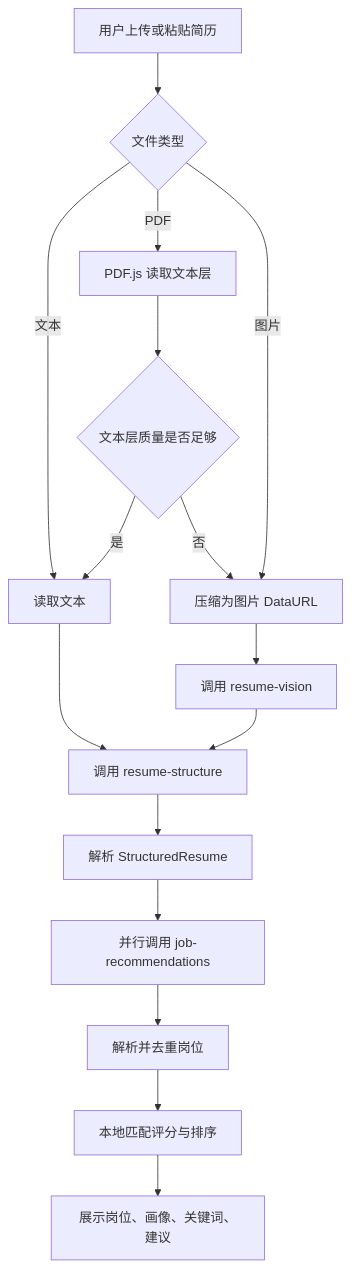
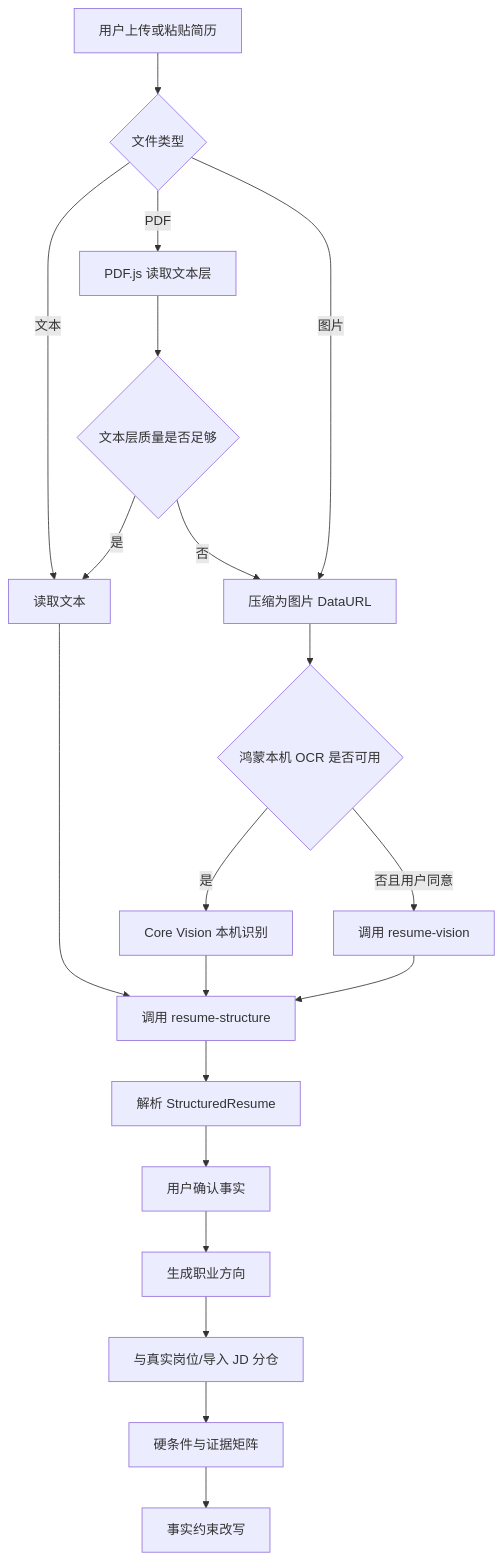
One commit to lljjcc426/Kongming-Student-Job-Matching-Agent changed the first of 3 diagrams in docs/PROJECT_ARCHITECTURE_AND_UNDERSTANDING.md. Above: the diagram before and after it, drawn with Mermaid. The commit also changed other lines of this file and 56 other files, not shown here.

````diff
--- a/docs/PROJECT_ARCHITECTURE_AND_UNDERSTANDING.md
+++ b/docs/PROJECT_ARCHITECTURE_AND_UNDERSTANDING.md
@@ -103,18 +112,22 @@
 ```mermaid
 flowchart TD
     A[用户上传或粘贴简历] --> B{文件类型}
     B -->|文本| C[读取文本]
     B -->|PDF| D[PDF.js 读取文本层]
     B -->|图片| E[压缩为图片 DataURL]
     D --> F{文本层质量是否足够}
     F -->|是| C
     F -->|否| E
-    E --> G[调用 resume-vision]
+    E --> G{鸿蒙本机 OCR 是否可用}
+    G -->|是| H1[Core Vision 本机识别]
+    G -->|否且用户同意| H2[调用 resume-vision]
     C --> H[调用 resume-structure]
-    G --> H
+    H1 --> H
+    H2 --> H
     H --> I[解析 StructuredResume]
-    I --> J[并行调用 job-recommendations]
-    J --> K[解析并去重岗位]
-    K --> L[本地匹配评分与排序]
-    L --> M[展示岗位、画像、关键词、建议]
+    I --> J[用户确认事实]
+    J --> K[生成职业方向]
+    K --> L[与真实岗位/导入 JD 分仓]
+    L --> M[硬条件与证据矩阵]
+    M --> N[事实约束改写]
 ```
````
